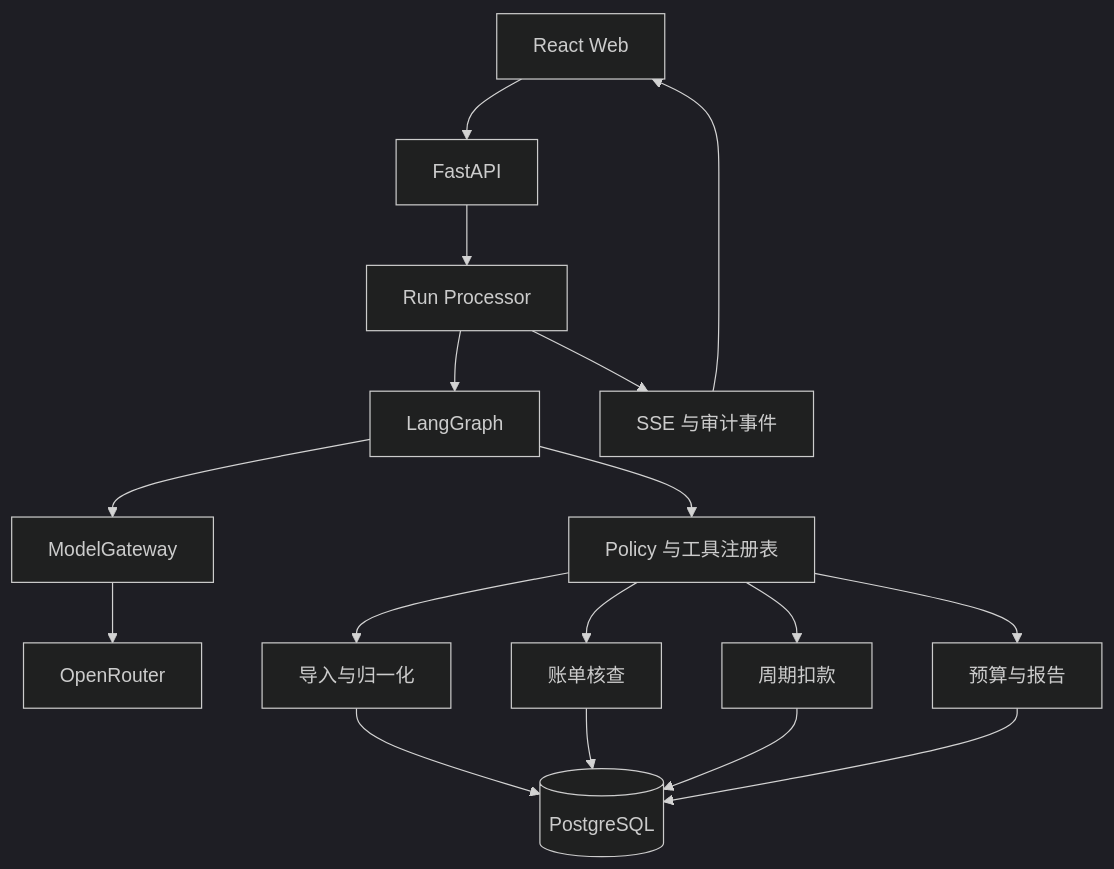
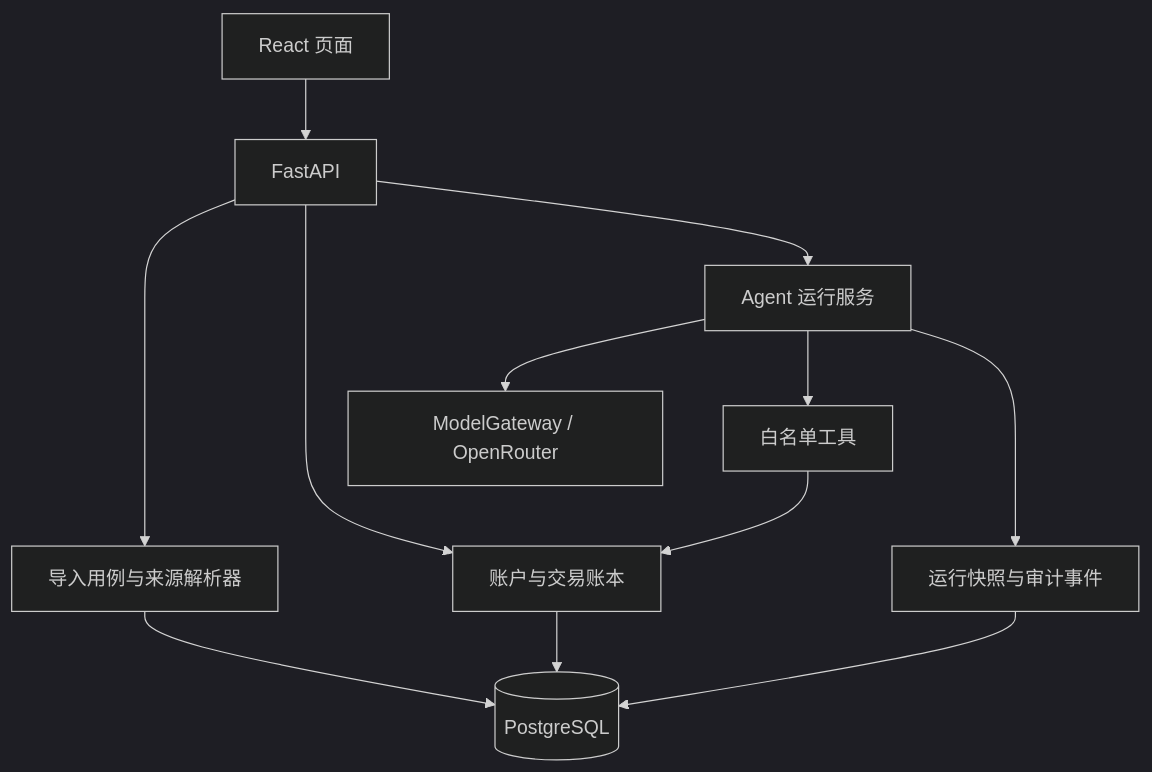
One commit to Masterora/bankpilot-agent changed the second of 2 diagrams in README.md. Above: the diagram before and after it, drawn with Mermaid (dark theme). The commit also changed other lines of this file and 50 other files, not shown here.

````diff
--- a/README.md
+++ b/README.md
@@ -87,19 +68,14 @@
 ```mermaid
 flowchart TB
-    W[React Web] --> API[FastAPI]
-    API --> R[Run Processor]
-    R --> G[LangGraph]
-    G --> M[ModelGateway]
-    M --> O[OpenRouter]
-    G --> P[Policy 与工具注册表]
-    P --> I[导入与归一化]
-    P --> B[账单核查]
-    P --> S[周期扣款]
-    P --> U[预算与报告]
+    W[React 页面] --> API[FastAPI]
+    API --> I[导入用例与来源解析器]
+    API --> L[账户与交易账本]
+    API --> A[Agent 运行服务]
+    A --> M[ModelGateway / OpenRouter]
+    A --> T[白名单工具]
+    T --> L
     I --> DB[(PostgreSQL)]
-    B --> DB
-    S --> DB
-    U --> DB
-    R --> E[SSE 与审计事件]
-    E --> W
+    L --> DB
+    A --> E[运行快照与审计事件]
+    E --> DB
 ```
````
